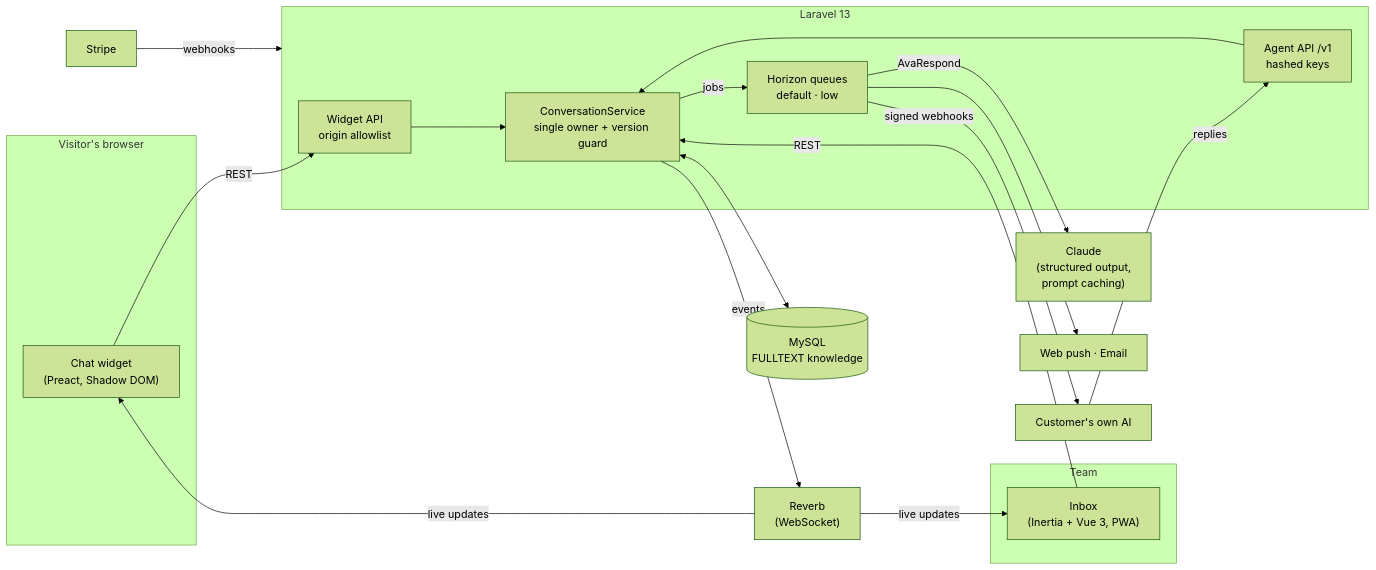
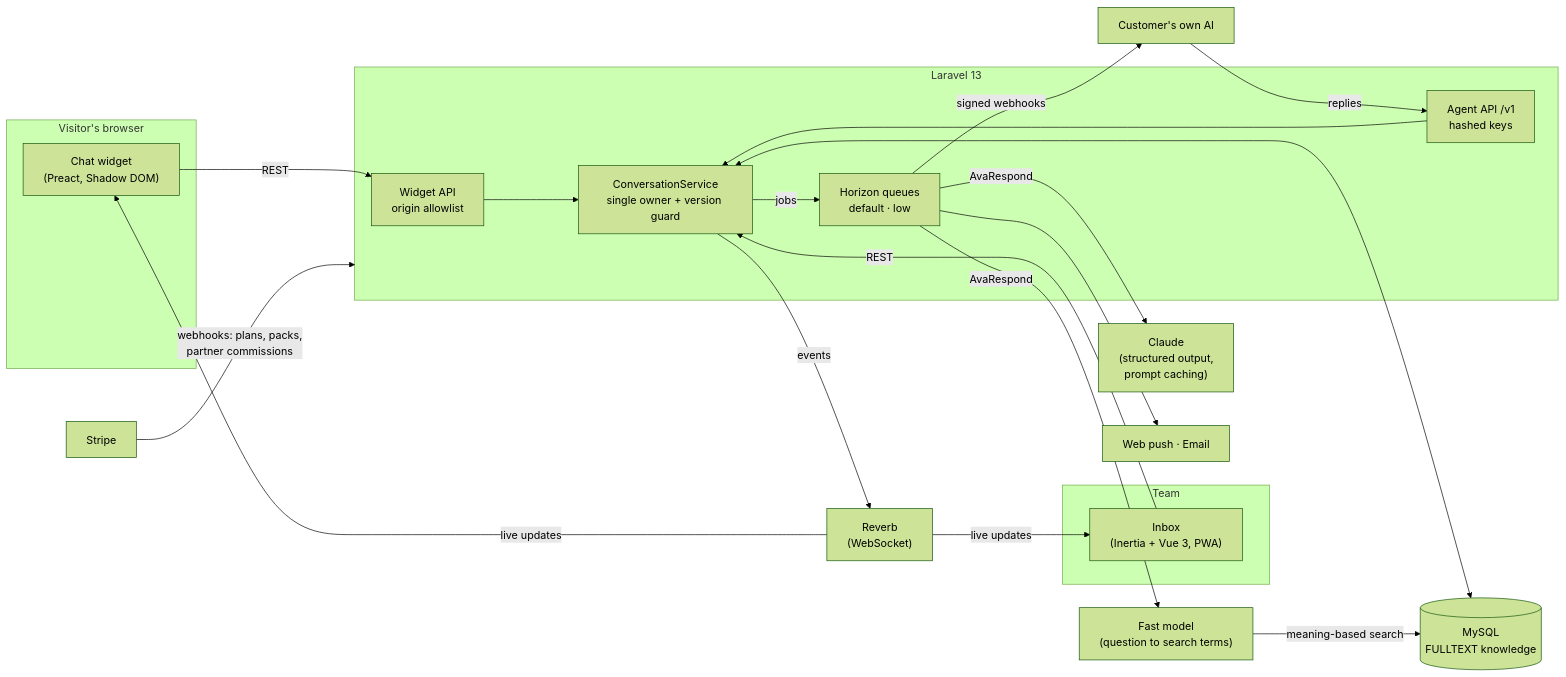
One commit to nvitguru/chattiv-casestudy changed the diagram in README.md. Above: the diagram before and after it, drawn with Mermaid (forest theme). The commit also changed other lines of this file and 1 other file, not shown here.

Commit message:
Case study: meaning-based knowledge search, AI helper agents and the partner program

````diff
--- a/README.md
+++ b/README.md
@@ -50,34 +51,37 @@
 ```mermaid
 flowchart LR
     subgraph Visitor["Visitor's browser"]
         W["Chat widget<br/>(Preact, Shadow DOM)"]
     end
     subgraph Team["Team"]
         I["Inbox<br/>(Inertia + Vue 3, PWA)"]
     end
     subgraph App["Laravel 13"]
         WAPI["Widget API<br/>origin allowlist"]
         CS["ConversationService<br/>single owner + version guard"]
         AAPI["Agent API /v1<br/>hashed keys"]
         Q["Horizon queues<br/>default · low"]
     end
     R["Reverb<br/>(WebSocket)"]
     DB[("MySQL<br/>FULLTEXT knowledge")]
     C["Claude<br/>(structured output,<br/>prompt caching)"]
+    H["Fast model<br/>(question to search terms)"]
     EXT["Customer's own AI"]
     S["Stripe"]
     P["Web push · Email"]
 
     W -- REST --> WAPI --> CS
     I -- REST --> CS
     CS <--> DB
     CS -- events --> R
     R -- live updates --> W
     R -- live updates --> I
     CS -- jobs --> Q
+    Q -- "AvaRespond" --> H
+    H -- "meaning-based search" --> DB
     Q -- "AvaRespond" --> C
     Q -- "signed webhooks" --> EXT
     EXT -- replies --> AAPI --> CS
     Q --> P
-    S -- webhooks --> App
+    S -- "webhooks: plans, packs,<br/>partner commissions" --> App
 ```
````
